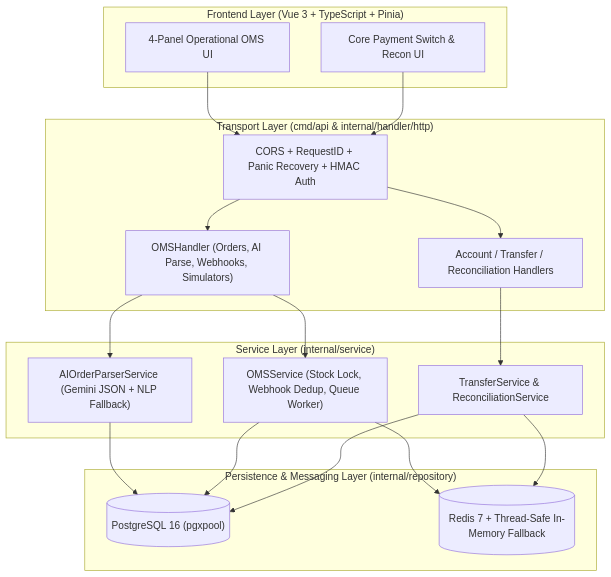
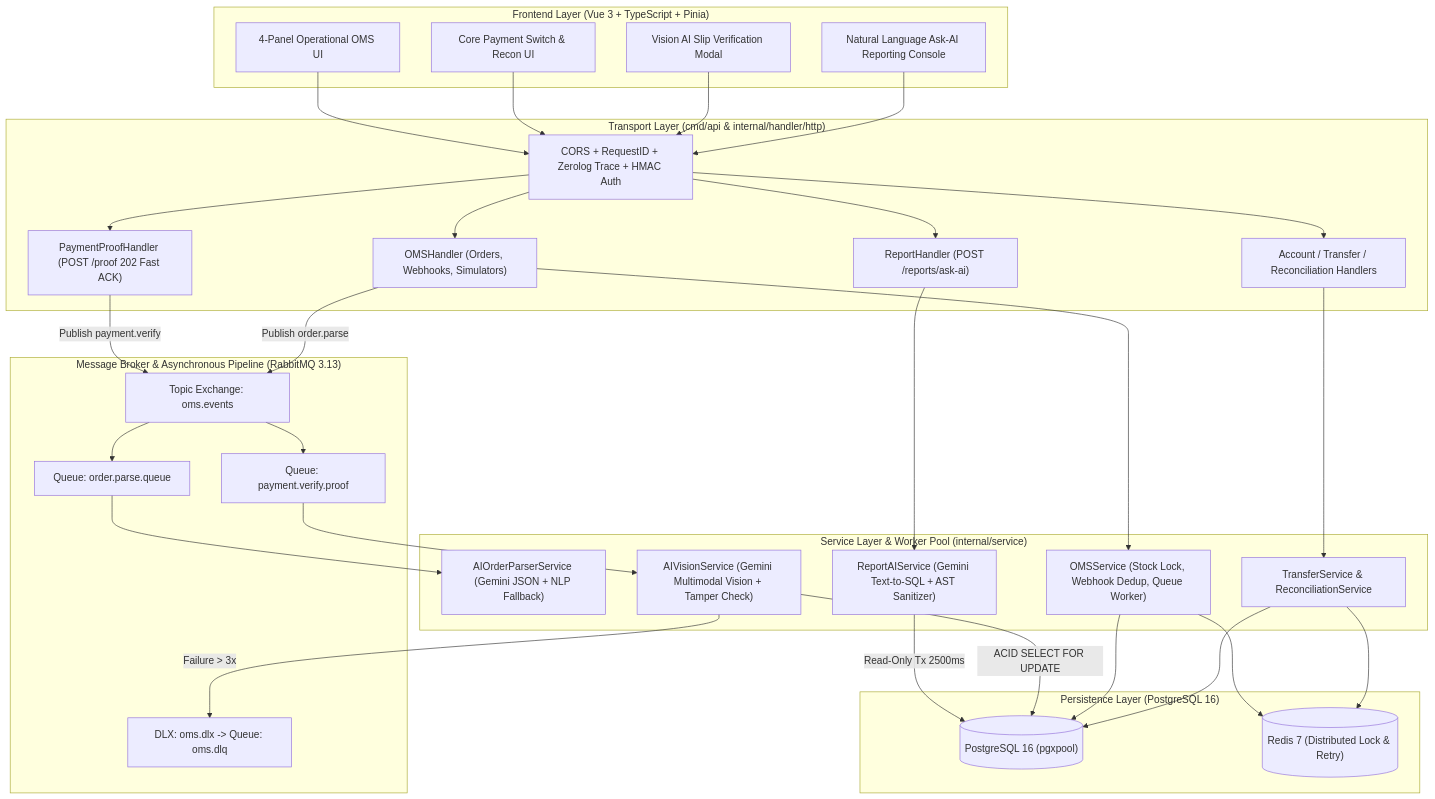
One commit to fransalwan/secure-payment-gateway changed the first of 4 diagrams in docs/ARCHITECTURE_AND_HANDOVER.md. Above: the diagram before and after it, drawn with Mermaid. The commit also changed other lines of this file and 40 other files, not shown here.

Commit message:
feat(ai-oms): upgrade to AI-powered FinTech OMS with RabbitMQ, Multimodal Slip Verifier, and Text-to-SQL Reporting

````diff
--- a/docs/ARCHITECTURE_AND_HANDOVER.md
+++ b/docs/ARCHITECTURE_AND_HANDOVER.md
@@ -17,37 +19,64 @@
 ```mermaid
 flowchart TB
     subgraph Client["Frontend Layer (Vue 3 + TypeScript + Pinia)"]
         UI_OMS["4-Panel Operational OMS UI"]
         UI_LEDGER["Core Payment Switch & Recon UI"]
+        UI_SLIP["Vision AI Slip Verification Modal"]
+        UI_BI["Natural Language Ask-AI Reporting Console"]
     end
 
     subgraph HTTP["Transport Layer (cmd/api & internal/handler/http)"]
-        MW["CORS + RequestID + Panic Recovery + HMAC Auth"]
-        H_OMS["OMSHandler (Orders, AI Parse, Webhooks, Simulators)"]
+        MW["CORS + RequestID + Zerolog Trace + HMAC Auth"]
+        H_OMS["OMSHandler (Orders, Webhooks, Simulators)"]
         H_PAY["Account / Transfer / Reconciliation Handlers"]
+        H_PROOF["PaymentProofHandler (POST /proof 202 Fast ACK)"]
+        H_REPORT["ReportHandler (POST /reports/ask-ai)"]
     end
 
-    subgraph Domain["Service Layer (internal/service)"]
+    subgraph Broker["Message Broker & Asynchronous Pipeline (RabbitMQ 3.13)"]
+        EX_OMS["Topic Exchange: oms.events"]
+        Q_PARSE["Queue: order.parse.queue"]
+        Q_VERIFY["Queue: payment.verify.proof"]
+        EX_DLX["DLX: oms.dlx -> Queue: oms.dlq"]
+    end
+
+    subgraph Domain["Service Layer & Worker Pool (internal/service)"]
         S_AI["AIOrderParserService (Gemini JSON + NLP Fallback)"]
         S_OMS["OMSService (Stock Lock, Webhook Dedup, Queue Worker)"]
         S_TX["TransferService & ReconciliationService"]
+        S_VISION["AIVisionService (Gemini Multimodal Vision + Tamper Check)"]
+        S_BI["ReportAIService (Gemini Text-to-SQL + AST Sanitizer)"]
     end
 
-    subgraph Infra["Persistence & Messaging Layer (internal/repository)"]
+    subgraph Infra["Persistence Layer (PostgreSQL 16)"]
         PG[("PostgreSQL 16 (pgxpool)")]
-        RD[("Redis 7 + Thread-Safe In-Memory Fallback")]
+        RD[("Redis 7 (Distributed Lock & Retry)")]
     end
 
     UI_OMS --> MW
     UI_LEDGER --> MW
+    UI_SLIP --> MW
+    UI_BI --> MW
     MW --> H_OMS
     MW --> H_PAY
-    H_OMS --> S_AI
+    MW --> H_PROOF
+    MW --> H_REPORT
+
+    H_PROOF -->|Publish payment.verify| EX_OMS
+    H_OMS -->|Publish order.parse| EX_OMS
+    EX_OMS --> Q_PARSE
+    EX_OMS --> Q_VERIFY
+    Q_PARSE --> S_AI
+    Q_VERIFY --> S_VISION
+    S_VISION -->|Failure > 3x| EX_DLX
+
+    H_REPORT --> S_BI
+    S_BI -->|Read-Only Tx 2500ms| PG
+    S_VISION -->|ACID SELECT FOR UPDATE| PG
     H_OMS --> S_OMS
     H_PAY --> S_TX
-    S_AI --> PG
     S_OMS --> PG
     S_OMS --> RD
     S_TX --> PG
     S_TX --> RD
 ```
````
